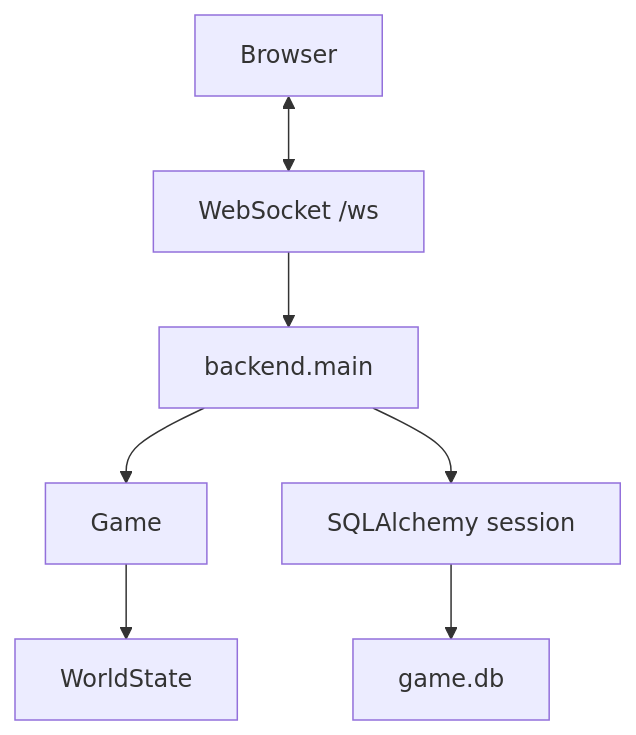
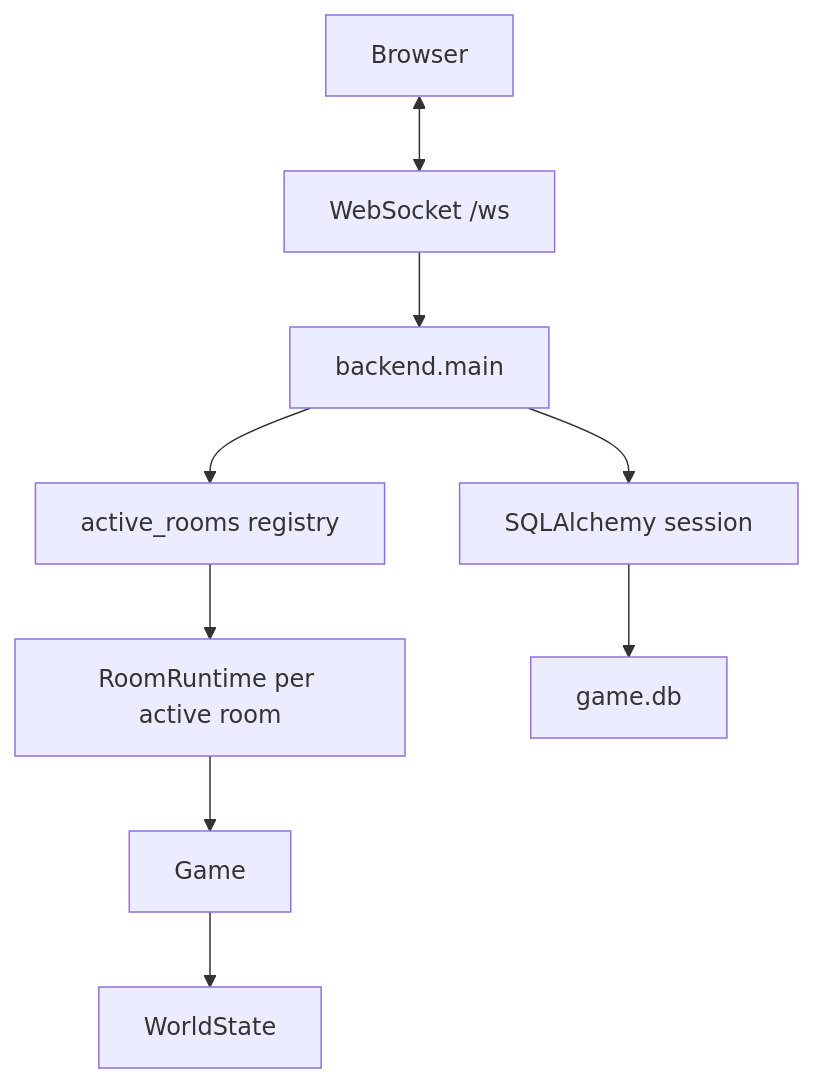
The first of 2 diagrams in docs/BACKEND.md (GoldenWind8/roguelike-mvp), drawn with Mermaid before and after one commit. The commit also changed other lines of this file and 20 other files, not shown here.

````diff
--- a/docs/BACKEND.md
+++ b/docs/BACKEND.md
@@ -20,9 +24,11 @@
 ```mermaid
 flowchart TB
     Client["Browser"] <--> WS["WebSocket /ws"]
     WS --> Main["backend.main"]
-    Main --> Game["Game"]
+    Main --> Reg["active_rooms registry"]
+    Reg --> RT["RoomRuntime per active room"]
+    RT --> Game["Game"]
     Game --> World["WorldState"]
     Main --> DB["SQLAlchemy session"]
     DB --> SQLite["game.db"]
 ```
````
